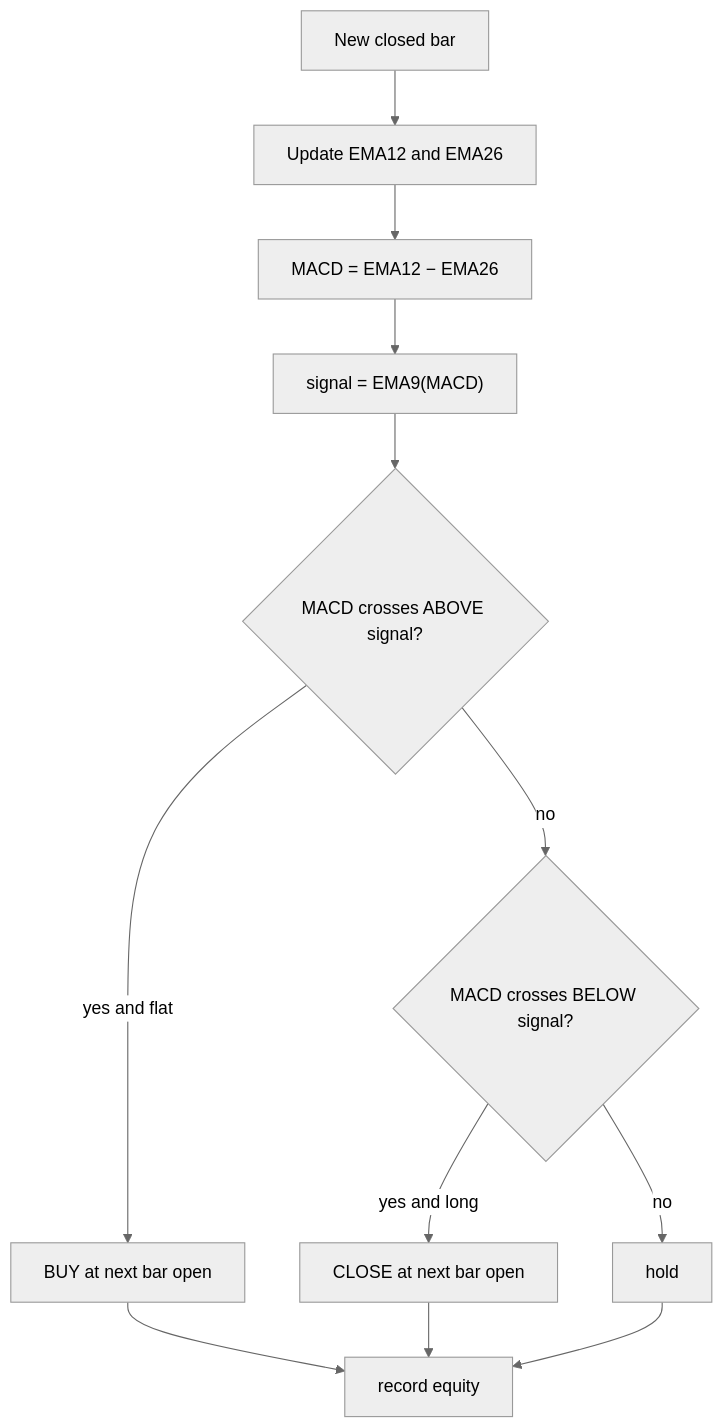
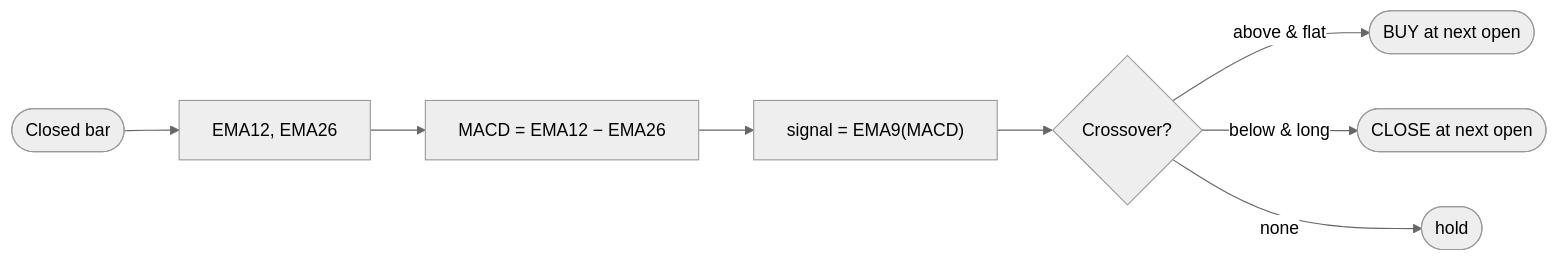
Before and after one commit to guptabhishekumar/triangulate: the second of 5 diagrams in README.md, drawn with Mermaid (neutral theme). The commit also changed other lines of this file, not shown here.

Commit message:
docs: compact strategy flow (LR) + add indicator-pipeline, state-machine & execution-sequence diagrams

````diff
--- a/README.md
+++ b/README.md
@@ -61,14 +78,7 @@
 ```mermaid
-flowchart TD
-    A[New closed bar] --> B[Update EMA12 and EMA26]
-    B --> C["MACD = EMA12 − EMA26"]
-    C --> D["signal = EMA9(MACD)"]
-    D --> E{"MACD crosses ABOVE signal?"}
-    E -- "yes and flat" --> BUY["BUY at next bar open"]
-    E -- no --> F{"MACD crosses BELOW signal?"}
-    F -- "yes and long" --> SELL["CLOSE at next bar open"]
-    F -- no --> W[hold]
-    BUY --> Z[record equity]
-    SELL --> Z
-    W --> Z
+flowchart LR
+    A([Closed bar]) --> B["EMA12, EMA26"] --> C["MACD = EMA12 − EMA26"] --> D["signal = EMA9(MACD)"] --> E{Crossover?}
+    E -- "above & flat" --> BUY([BUY at next open])
+    E -- "below & long" --> SELL([CLOSE at next open])
+    E -- none --> H([hold])
 ```
````
